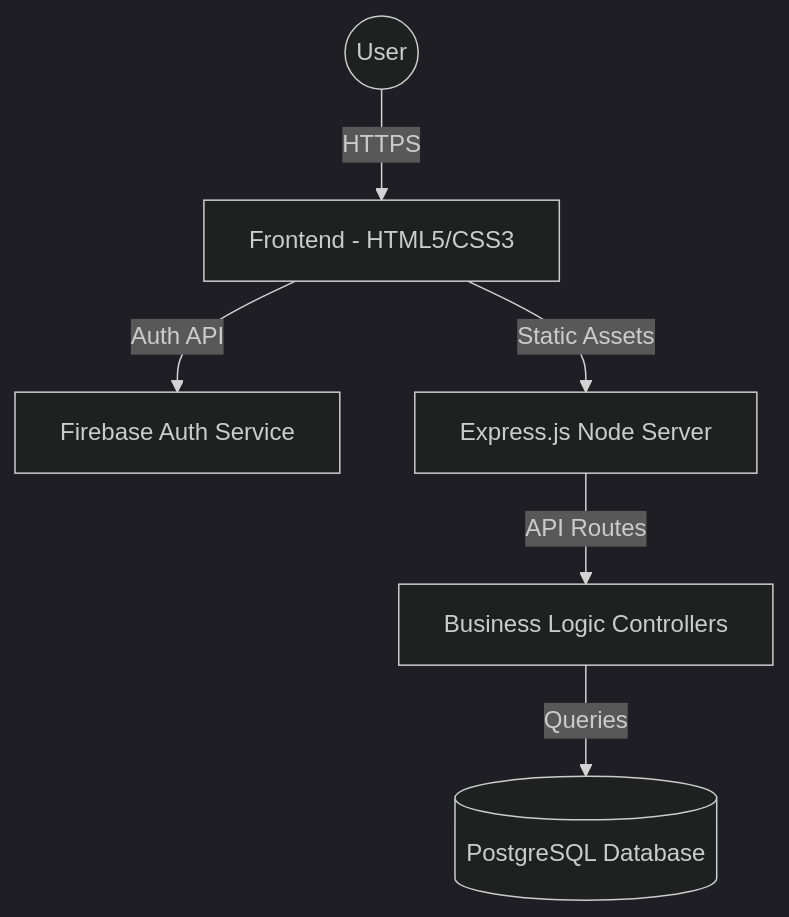
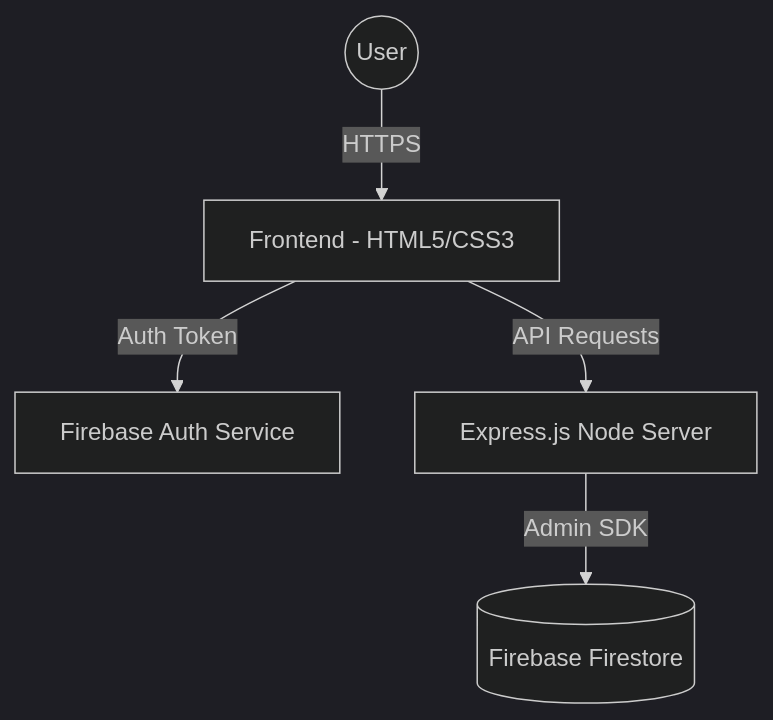
The second of 3 diagrams in README.md (Hackmaass/BG-129), drawn with Mermaid (dark theme) before and after one commit. The commit also changed other lines of this file and 13 other files, not shown here.

Commit message:
Integrate Server-Side Firestore for database persistence

````diff
--- a/README.md
+++ b/README.md
@@ -42,8 +42,7 @@
 ```mermaid
 graph TD
     User((User)) -->|HTTPS| Frontend[Frontend - HTML5/CSS3]
-    Frontend -->|Auth API| Firebase[Firebase Auth Service]
-    Frontend -->|Static Assets| Server[Express.js Node Server]
-    Server -->|API Routes| Controllers[Business Logic Controllers]
-    Controllers -->|Queries| DB[(PostgreSQL Database)]
+    Frontend -->|Auth Token| Firebase[Firebase Auth Service]
+    Frontend -->|API Requests| Server[Express.js Node Server]
+    Server -->|Admin SDK| DB[(Firebase Firestore)]
 ```
````
